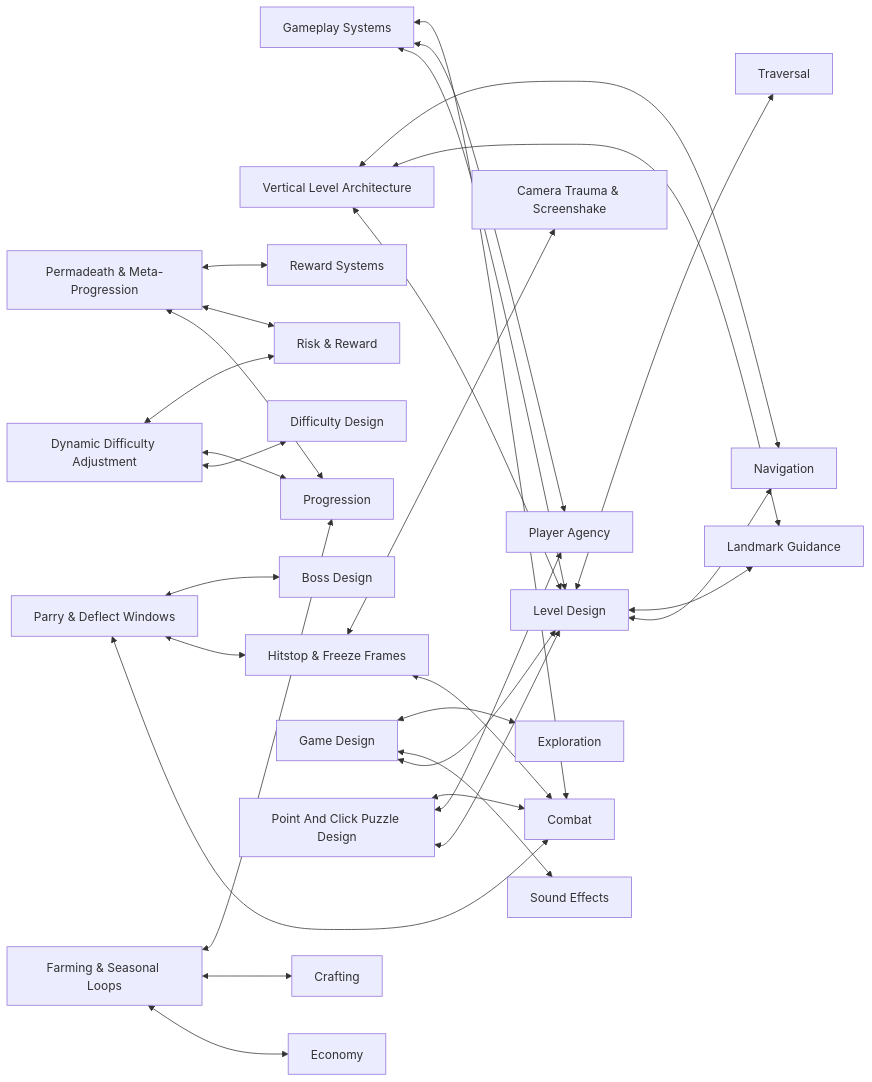
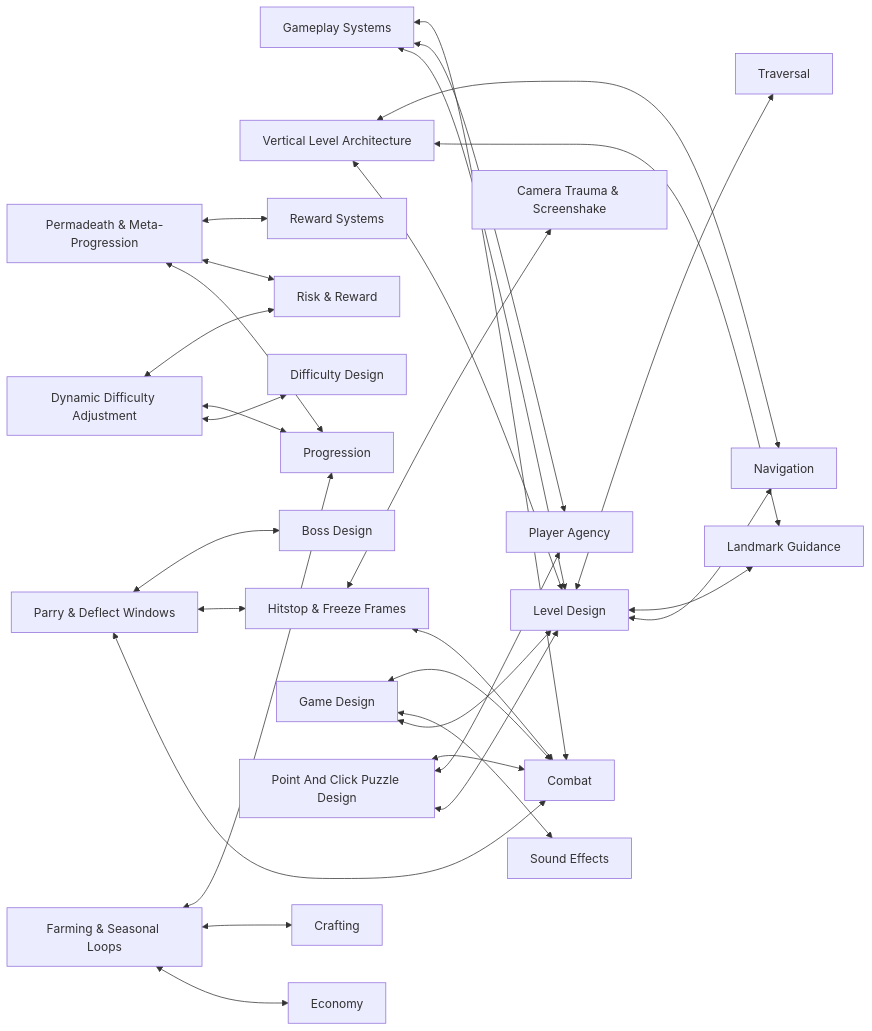
The diagram in linked_systems_graph.md (emirkankirman2-arch/gamedev-mechanics-vault), drawn with Mermaid before and after one commit. The commit also changed other lines of this file and 19 other files, not shown here.

````diff
--- a/linked_systems_graph.md
+++ b/linked_systems_graph.md
@@ -12,32 +12,32 @@
 ```mermaid
 graph LR
     Gameplay_Systems["Gameplay Systems"] <--> Level_Design["Level Design"]
     Gameplay_Systems["Gameplay Systems"] <--> Player_Agency["Player Agency"]
     Gameplay_Systems["Gameplay Systems"] <--> Combat["Combat"]
     Vertical_Level_Architecture["Vertical Level Architecture"] <--> Level_Design["Level Design"]
     Vertical_Level_Architecture["Vertical Level Architecture"] <--> Landmark_Guidance["Landmark Guidance"]
     Vertical_Level_Architecture["Vertical Level Architecture"] <--> Navigation["Navigation"]
     Permadeath_Meta_Progression["Permadeath & Meta-Progression"] <--> Progression["Progression"]
     Permadeath_Meta_Progression["Permadeath & Meta-Progression"] <--> Risk_Reward["Risk & Reward"]
     Permadeath_Meta_Progression["Permadeath & Meta-Progression"] <--> Reward_Systems["Reward Systems"]
     Parry_Deflect_Windows["Parry & Deflect Windows"] <--> Combat["Combat"]
     Parry_Deflect_Windows["Parry & Deflect Windows"] <--> Hitstop_Freeze_Frames["Hitstop & Freeze Frames"]
     Parry_Deflect_Windows["Parry & Deflect Windows"] <--> Boss_Design["Boss Design"]
     Hitstop_Freeze_Frames["Hitstop & Freeze Frames"] <--> Combat["Combat"]
     Hitstop_Freeze_Frames["Hitstop & Freeze Frames"] <--> Camera_Trauma_Screenshake["Camera Trauma & Screenshake"]
     Dynamic_Difficulty_Adjustment["Dynamic Difficulty Adjustment"] <--> Difficulty_Design["Difficulty Design"]
     Dynamic_Difficulty_Adjustment["Dynamic Difficulty Adjustment"] <--> Progression["Progression"]
     Dynamic_Difficulty_Adjustment["Dynamic Difficulty Adjustment"] <--> Risk_Reward["Risk & Reward"]
     Game_Design["Game Design"] <--> Level_Design["Level Design"]
     Game_Design["Game Design"] <--> Sound_Effects["Sound Effects"]
-    Game_Design["Game Design"] <--> Exploration["Exploration"]
+    Game_Design["Game Design"] <--> Combat["Combat"]
     Level_Design["Level Design"] <--> Navigation["Navigation"]
     Level_Design["Level Design"] <--> Landmark_Guidance["Landmark Guidance"]
     Level_Design["Level Design"] <--> Traversal["Traversal"]
     Point_And_Click_Puzzle_Design["Point And Click Puzzle Design"] <--> Level_Design["Level Design"]
     Point_And_Click_Puzzle_Design["Point And Click Puzzle Design"] <--> Player_Agency["Player Agency"]
     Point_And_Click_Puzzle_Design["Point And Click Puzzle Design"] <--> Combat["Combat"]
     Farming_Seasonal_Loops["Farming & Seasonal Loops"] <--> Economy["Economy"]
     Farming_Seasonal_Loops["Farming & Seasonal Loops"] <--> Crafting["Crafting"]
     Farming_Seasonal_Loops["Farming & Seasonal Loops"] <--> Progression["Progression"]
 ```
````
